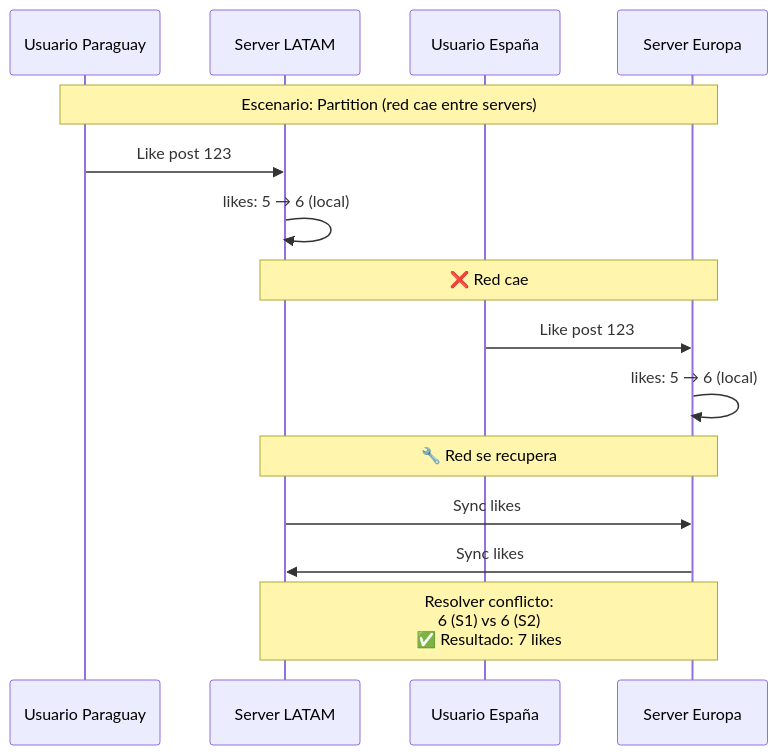
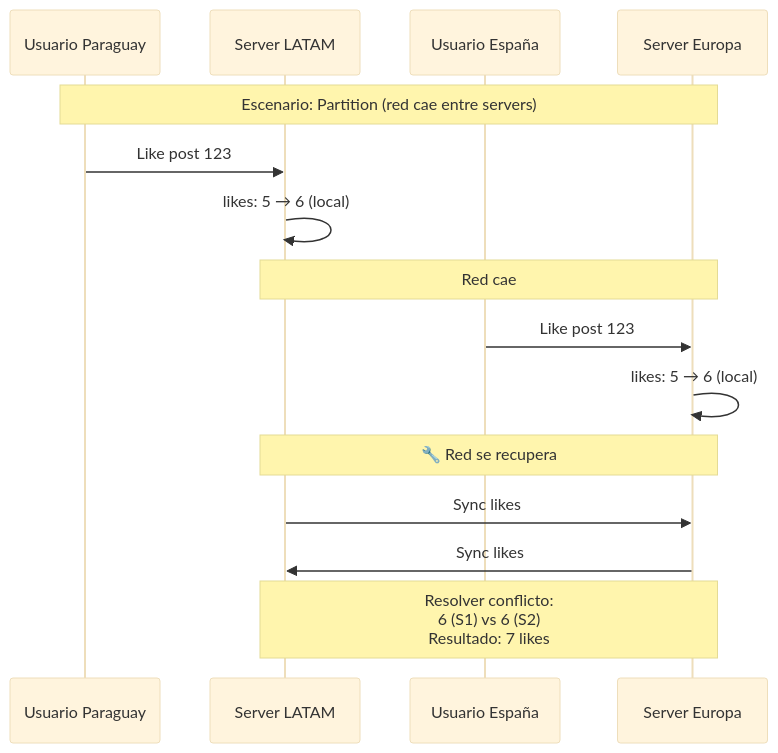
One commit to Ai-Whisperers/Courses-Content changed diagram 13 of 20 in courses/🟡-development/FPUNA-2026/01-DESARROLLO-SOFTWARE/05-diseno-sistemas.md. Above: the diagram before and after it, drawn with Mermaid. The commit also changed other lines of this file and 47 other files, not shown here.

First line of the commit message:
fix: Make all 473 diagrams WCAG AAA accessible (FPUNA-2026)

````diff
--- a/courses/🟡-development/FPUNA-2026/01-DESARROLLO-SOFTWARE/05-diseno-sistemas.md
+++ b/courses/🟡-development/FPUNA-2026/01-DESARROLLO-SOFTWARE/05-diseno-sistemas.md
@@ -530,24 +542,25 @@
 ```mermaid
+%%{init: {'theme':'base', 'themeVariables': {'fontSize':'18px'}}}%%
 sequenceDiagram
     participant U1 as Usuario Paraguay
     participant S1 as Server LATAM
     participant U2 as Usuario España
     participant S2 as Server Europa
     
     Note over U1,S2: Escenario: Partition (red cae entre servers)
     
     U1->>S1: Like post 123
     S1->>S1: likes: 5 → 6 (local)
     
-    Note over S1,S2: ❌ Red cae
+    Note over S1,S2: Red cae
     
     U2->>S2: Like post 123
     S2->>S2: likes: 5 → 6 (local)
     
     Note over S1,S2: 🔧 Red se recupera
     
     S1->>S2: Sync likes
     S2->>S1: Sync likes
     
-    Note over S1,S2: Resolver conflicto:<br/>6 (S1) vs 6 (S2)<br/>✅ Resultado: 7 likes
+    Note over S1,S2: Resolver conflicto:<br/>6 (S1) vs 6 (S2)<br/>Resultado: 7 likes
 ```
````
